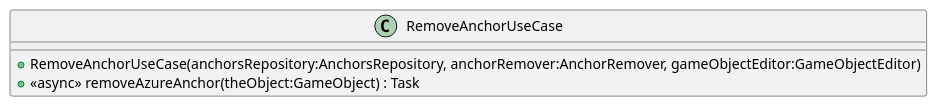
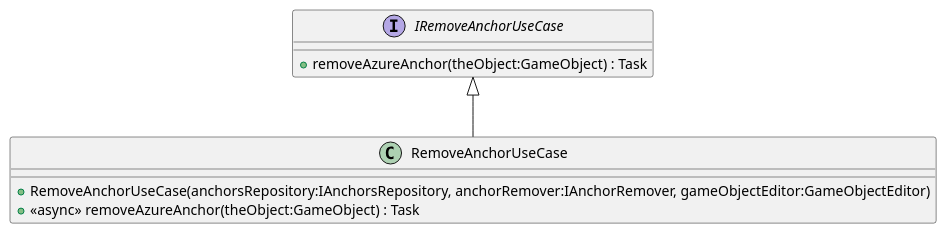
One commit to DeNatur/ProductionFloorVisualization changed the diagram in UML/Assets/Scripts/RemoveAnchorUseCase.puml. Above: the diagram before and after it, drawn with PlantUML. The commit also changed 34 other files, not shown here.

Commit message:
Generate UML (Generate UML)

```diff
--- a/UML/Assets/Scripts/RemoveAnchorUseCase.puml
+++ b/UML/Assets/Scripts/RemoveAnchorUseCase.puml
@@ -1,6 +1,10 @@
 @startuml
+interface IRemoveAnchorUseCase {
+    + removeAzureAnchor(theObject:GameObject) : Task
+}
 class RemoveAnchorUseCase {
-    + RemoveAnchorUseCase(anchorsRepository:AnchorsRepository, anchorRemover:AnchorRemover, gameObjectEditor:GameObjectEditor)
+    + RemoveAnchorUseCase(anchorsRepository:IAnchorsRepository, anchorRemover:IAnchorRemover, gameObjectEditor:GameObjectEditor)
     + <<async>> removeAzureAnchor(theObject:GameObject) : Task
 }
+IRemoveAnchorUseCase <|-- RemoveAnchorUseCase
 @enduml
```
